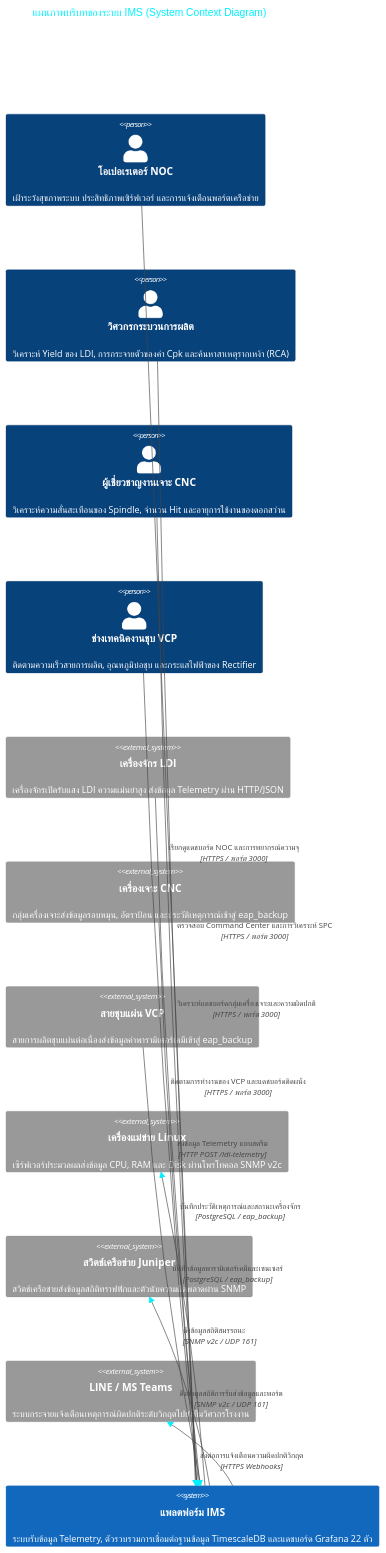
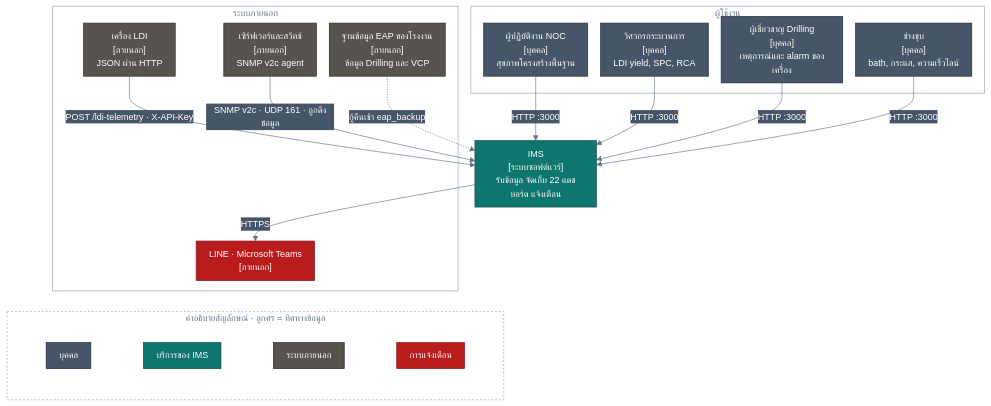
The first of 8 diagrams in th/docs/architecture/ARCHITECTURE_DIAGRAM.md (PATTANAKORN025/IMS), drawn with Mermaid before and after one commit. The commit also changed other lines of this file and 84 other files, not shown here.

First line of the commit message:
docs(diagrams): one verified, accessible standard for every Mermaid diagram

````diff
--- a/th/docs/architecture/ARCHITECTURE_DIAGRAM.md
+++ b/th/docs/architecture/ARCHITECTURE_DIAGRAM.md
@@ -27,31 +27,52 @@
 ```mermaid
-%%{init: {'theme': 'base', 'themeVariables': { 'primaryColor': '#1e293b', 'primaryTextColor': '#00F2FE', 'primaryBorderColor': '#10B981', 'lineColor': '#00F2FE', 'secondaryColor': '#0f172a', 'tertiaryColor': '#0f172a', 'clusterBkg': '#030407', 'clusterBorder': '#00F2FE'}}}%%
-C4Context
- title แผนภาพบริบทของระบบ IMS (System Context Diagram)
+%%{init: {"flowchart": {"nodeSpacing": 20, "rankSpacing": 32, "padding": 10, "wrappingWidth": 150, "curve": "basis"}, "sequence": {"wrap": true, "width": 170, "actorMargin": 36, "boxMargin": 8, "noteMargin": 8, "messageMargin": 30, "mirrorActors": false}, "state": {"padding": 6}, "theme": "base", "themeVariables": {"fontFamily": "Inter, Segoe UI, Helvetica, Arial, sans-serif", "fontSize": "14px", "primaryColor": "#334155", "primaryTextColor": "#ffffff", "primaryBorderColor": "#1e293b", "lineColor": "#64748b", "textColor": "#64748b", "secondaryColor": "#475569", "tertiaryColor": "#f1f5f9", "clusterBkg": "transparent", "clusterBorder": "#94a3b8", "titleColor": "#64748b", "edgeLabelBackground": "#475569", "nodeTextColor": "#ffffff", "noteBkgColor": "#fef3c7", "noteTextColor": "#1e293b", "noteBorderColor": "#d97706", "actorBkg": "#334155", "actorTextColor": "#ffffff", "actorBorder": "#1e293b", "actorLineColor": "#94a3b8", "signalColor": "#64748b", "signalTextColor": "#64748b", "labelBoxBkgColor": "#334155", "labelBoxBorderColor": "#1e293b", "labelTextColor": "#ffffff", "loopTextColor": "#64748b", "activationBkgColor": "#e2e8f0", "sequenceNumberColor": "#ffffff", "stateLabelColor": "#ffffff", "compositeBackground": "transparent", "transitionColor": "#64748b", "transitionLabelColor": "#64748b"}}}%%
+flowchart TB
+  accTitle: C4 ระดับ 1: บริบทของระบบ
+  accDescr: ผู้ใช้ 4 บทบาทใช้งาน IMS ผ่านเบราว์เซอร์ IMS รับข้อมูล LDI ผ่าน HTTP ดึงข้อมูลเซิร์ฟเวอร์และสวิตช์ผ่าน SNMP อ่านฐานข้อมูล Drilling และ VCP ของโรงงาน และส่งการแจ้งเตือนไปยัง LINE และ Microsoft Teams
 
- Person(noc_op, "โอเปอเรเตอร์ NOC", "เฝ้าระวังสุขภาพระบบ ประสิทธิภาพเซิร์ฟเวอร์ และการแจ้งเตือนพอร์ตเครือข่าย")
- Person(proc_eng, "วิศวกรกระบวนการผลิต", "วิเคราะห์ Yield ของ LDI, การกระจายตัวของค่า Cpk และค้นหาสาเหตุรากเหง้า (RCA)")
- Person(drill_eng, "ผู้เชี่ยวชาญงานเจาะ CNC", "วิเคราะห์ความสั่นสะเทือนของ Spindle, จำนวน Hit และอายุการใช้งานของดอกสว่าน")
- Person(vcp_tech, "ช่างเทคนิคงานชุบ VCP", "ติดตามความเร็วสายการผลิต, อุณหภูมิบ่อชุบ และกระแสไฟฟ้าของ Rectifier")
+  subgraph PEOPLE["ผู้ใช้งาน"]
+    NOC["ผู้ปฏิบัติงาน NOC<br/>[บุคคล]<br/>สุขภาพโครงสร้างพื้นฐาน"]:::actor
+    PE["วิศวกรกระบวนการ<br/>[บุคคล]<br/>LDI yield, SPC, RCA"]:::actor
+    DRL["ผู้เชี่ยวชาญ Drilling<br/>[บุคคล]<br/>เหตุการณ์และ alarm ของเครื่อง"]:::actor
+    VCPT["ช่างชุบ<br/>[บุคคล]<br/>bath, กระแส, ความเร็วไลน์"]:::actor
+  end
 
- System_Ext(ldi_mach, "เครื่องจักร LDI", "เครื่องจักรเปิดรับแสง LDI ความแม่นยำสูง ส่งข้อมูล Telemetry ผ่าน HTTP/JSON")
- System_Ext(cnc_drill, "เครื่องเจาะ CNC", "กลุ่มเครื่องเจาะส่งข้อมูลรอบหมุน, อัตราป้อน และประวัติเหตุการณ์เข้าสู่ eap_backup")
- System_Ext(vcp_lines, "สายชุบแผ่น VCP", "สายการผลิตชุบแผ่นต่อเนื่องส่งข้อมูลค่าพารามิเตอร์เคมีเข้าสู่ eap_backup")
- System_Ext(servers, "เครื่องแม่ข่าย Linux", "เซิร์ฟเวอร์ประมวลผลส่งข้อมูล CPU, RAM และ Disk ผ่านโพรโทคอล SNMP v2c")
- System_Ext(switches, "สวิตช์เครือข่าย Juniper", "สวิตช์เครือข่ายส่งข้อมูลสถิติทราฟฟิกและตัวนับความผิดพลาดผ่าน SNMP")
- System_Ext(line_teams, "LINE / MS Teams", "ระบบกระจายแจ้งเตือนเหตุการณ์ผิดปกติระดับวิกฤตไปยังทีมวิศวกรโรงงาน")
+  IMS["IMS<br/>[ระบบซอฟต์แวร์]<br/>รับข้อมูล จัดเก็บ 22 แดชบอร์ด แจ้งเตือน"]:::app
 
- System(ims, "แพลตฟอร์ม IMS", "ระบบรับข้อมูล Telemetry, ตัวรวบรวมการเชื่อมต่อฐานข้อมูล TimescaleDB และแดชบอร์ด Grafana 22 ตัว")
+  subgraph EXT["ระบบภายนอก"]
+    LDIM["เครื่อง LDI<br/>[ภายนอก]<br/>JSON ผ่าน HTTP"]:::ext
+    NET["เซิร์ฟเวอร์และสวิตช์<br/>[ภายนอก]<br/>SNMP v2c agent"]:::ext
+    EAPSRC["ฐานข้อมูล EAP ของโรงงาน<br/>[ภายนอก]<br/>ข้อมูล Drilling และ VCP"]:::ext
+    MSG["LINE · Microsoft Teams<br/>[ภายนอก]"]:::notify
+  end
 
- Rel(noc_op, ims, "เรียกดูแดชบอร์ด NOC และการพยากรณ์ความจุ", "HTTPS / พอร์ต 3000")
- Rel(proc_eng, ims, "ตรวจสอบ Command Center และการวิเคราะห์ SPC", "HTTPS / พอร์ต 3000")
- Rel(drill_eng, ims, "วิเคราะห์แดชบอร์ดกลุ่มเครื่องเจาะและความผิดปกติ", "HTTPS / พอร์ต 3000")
- Rel(vcp_tech, ims, "ติดตามการทำงานของ VCP และแดชบอร์ดติดผนัง", "HTTPS / พอร์ต 3000")
+  NOC -->|"HTTP :3000"| IMS
+  PE -->|"HTTP :3000"| IMS
+  DRL -->|"HTTP :3000"| IMS
+  VCPT -->|"HTTP :3000"| IMS
+  LDIM -->|"POST /ldi-telemetry · X-API-Key"| IMS
+  NET -->|"SNMP v2c · UDP 161 · ถูกดึงข้อมูล"| IMS
+  EAPSRC -.->|"กู้คืนเข้า eap_backup"| IMS
+  IMS -->|"HTTPS"| MSG
 
- Rel(ldi_mach, ims, "ส่งข้อมูล Telemetry แบบสตรีม", "HTTP POST /ldi-telemetry")
- Rel(cnc_drill, ims, "บันทึกประวัติเหตุการณ์และสถานะเครื่องจักร", "PostgreSQL / eap_backup")
- Rel(vcp_lines, ims, "บันทึกข้อมูลพารามิเตอร์เคมีและเซนเซอร์", "PostgreSQL / eap_backup")
- Rel(ims, servers, "ดึงข้อมูลสถิติสมรรถนะ", "SNMP v2c / UDP 161")
- Rel(ims, switches, "ดึงข้อมูลสถิติการรับส่งข้อมูลและพอร์ต", "SNMP v2c / UDP 161")
- Rel(ims, line_teams, "ส่งต่อการแจ้งเตือนความผิดปกติวิกฤต", "HTTPS Webhooks")
+  subgraph LEGEND["คำอธิบายสัญลักษณ์ · ลูกศร = ทิศทางข้อมูล"]
+    direction TB
+    subgraph LEGEND_0[" "]
+      direction LR
+      LG_actor["บุคคล"]:::actor ~~~ LG_app["บริการของ IMS"]:::app ~~~ LG_ext["ระบบภายนอก"]:::ext ~~~ LG_notify["การแจ้งเตือน"]:::notify
+    end
+  end
+  MSG ~~~ LEGEND
+  style LEGEND fill:transparent,stroke:#94a3b8,stroke-dasharray:3 3
+  style LEGEND_0 fill:transparent,stroke:transparent
+  classDef actor fill:#475569,stroke:#1e293b,color:#ffffff,stroke-width:1px
+  classDef ext fill:#57534e,stroke:#292524,color:#ffffff,stroke-width:1px
+  classDef ingress fill:#1d4ed8,stroke:#1e3a8a,color:#ffffff,stroke-width:1px
+  classDef app fill:#0f766e,stroke:#134e4a,color:#ffffff,stroke-width:1px
+  classDef flow fill:#0e7490,stroke:#164e63,color:#ffffff,stroke-width:1px
+  classDef store fill:#b45309,stroke:#78350f,color:#ffffff,stroke-width:1px
+  classDef viz fill:#4338ca,stroke:#312e81,color:#ffffff,stroke-width:1px
+  classDef obs fill:#6d28d9,stroke:#4c1d95,color:#ffffff,stroke-width:1px
+  classDef notify fill:#b91c1c,stroke:#7f1d1d,color:#ffffff,stroke-width:1px
+  classDef future fill:#f8fafc,stroke:#94a3b8,color:#475569,stroke-width:1px,stroke-dasharray:4 3
 ```
````
